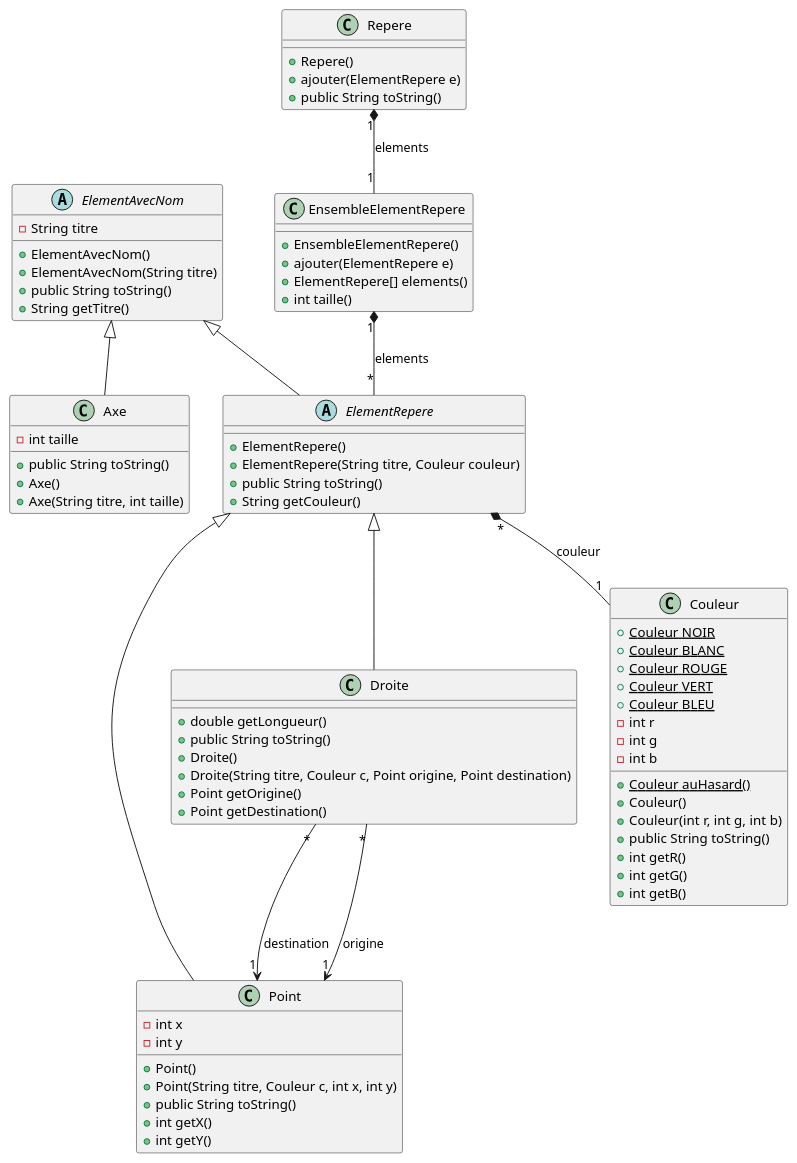
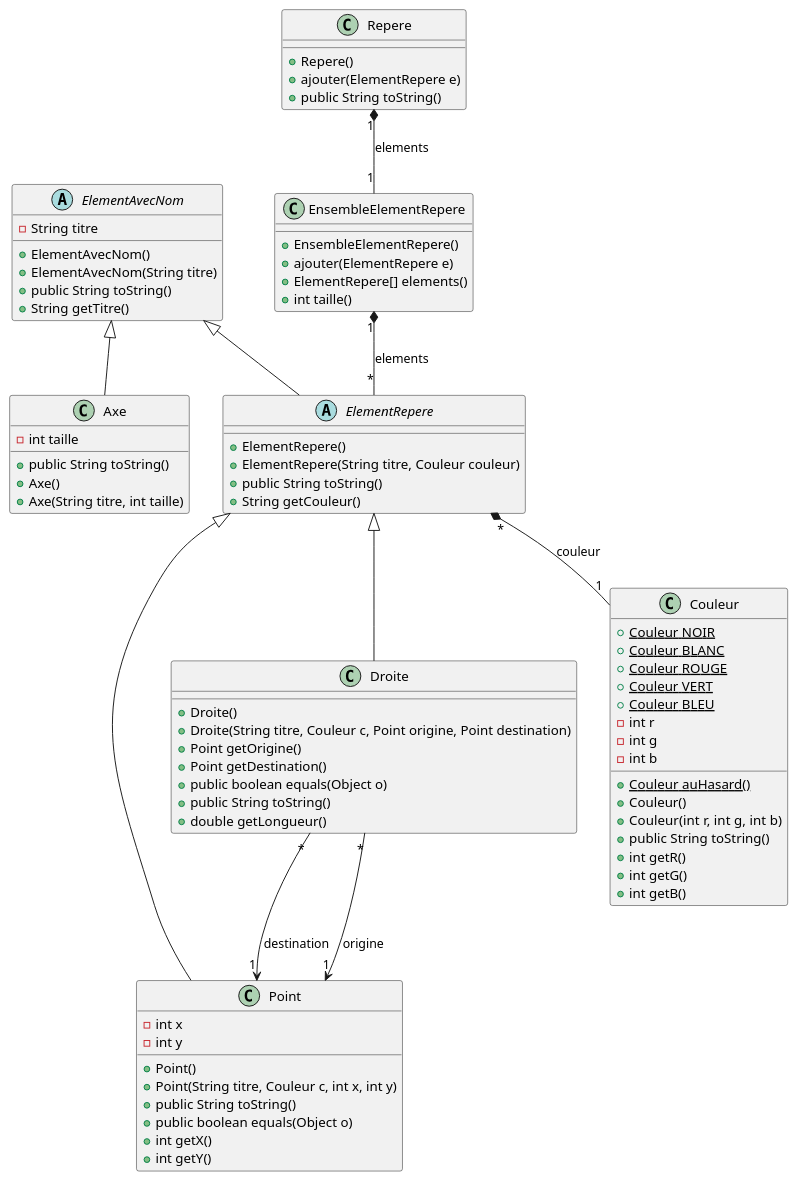
The diagram in tp1/doc/design.plantuml (EnseirbTelecom/pg220-official), drawn with PlantUML before and after one commit.

Commit message:
add equals to design.

```diff
--- a/tp1/doc/design.plantuml
+++ b/tp1/doc/design.plantuml
@@ -1,75 +1,77 @@
 @startuml design_tp1.png
 abstract class ElementAvecNom {
 - String titre
 + ElementAvecNom()
 + ElementAvecNom(String titre)
 + public String toString()
 + String getTitre()
 }
 abstract class ElementRepere {
 + ElementRepere()
 + ElementRepere(String titre, Couleur couleur)
 + public String toString()
 + String getCouleur()
 }
 ElementAvecNom <|-- Axe
 ElementAvecNom <|-- ElementRepere
 ElementRepere <|-- Point
 class Point {
 - int x
 - int y
 + Point()
 + Point(String titre, Couleur c, int x, int y)
 + public String toString()
++ public boolean equals(Object o)
 + int getX()
 + int getY()
 }
 ElementRepere <|-- Droite
 class Droite {
-+ double getLongueur()
-+ public String toString()
 + Droite()
 + Droite(String titre, Couleur c, Point origine, Point destination)
 + Point getOrigine()
 + Point getDestination()
++ public boolean equals(Object o)
++ public String toString()
++ double getLongueur()
 }
 Droite "*" --> "1" Point : origine
 Droite "*" --> "1" Point : destination
 class Couleur {
 + {static} Couleur NOIR
 + {static} Couleur BLANC
 + {static} Couleur ROUGE
 + {static} Couleur VERT
 + {static} Couleur BLEU
 - int r
 - int g
 - int b
 + {static} Couleur auHasard()
 + Couleur()
 + Couleur(int r, int g, int b)
 + public String toString()
 + int getR()
 + int getG()
 + int getB()
 }
 ElementRepere "*" *-- "1" Couleur : couleur
 class Axe {
 - int taille
 + public String toString()
 + Axe()
 + Axe(String titre, int taille)
 }
 class EnsembleElementRepere {
 + EnsembleElementRepere()
 + ajouter(ElementRepere e)
 + ElementRepere[] elements()
 + int taille()
 }
 EnsembleElementRepere "1" *-- "*" ElementRepere : elements
 class Repere {
 + Repere()
 + ajouter(ElementRepere e)
 + public String toString()
 }
 Repere "1" *-- "1" EnsembleElementRepere : elements
 @enduml
```
